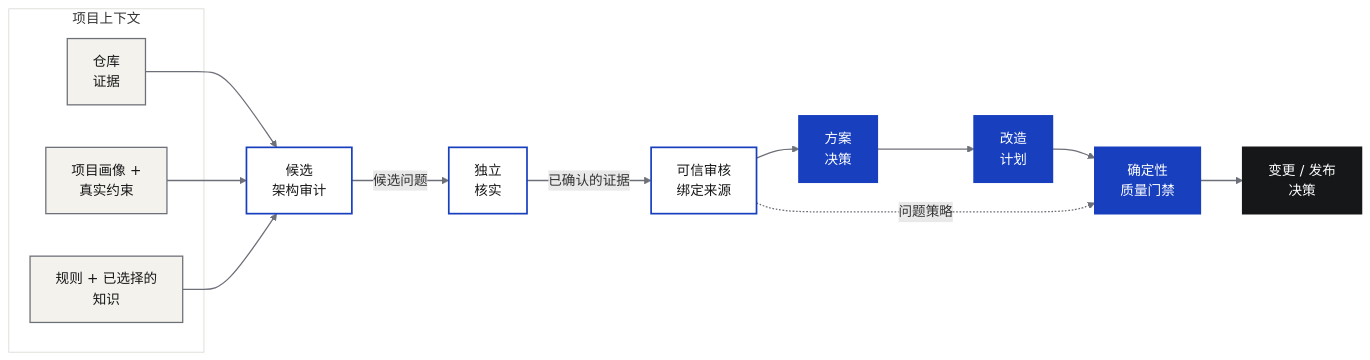
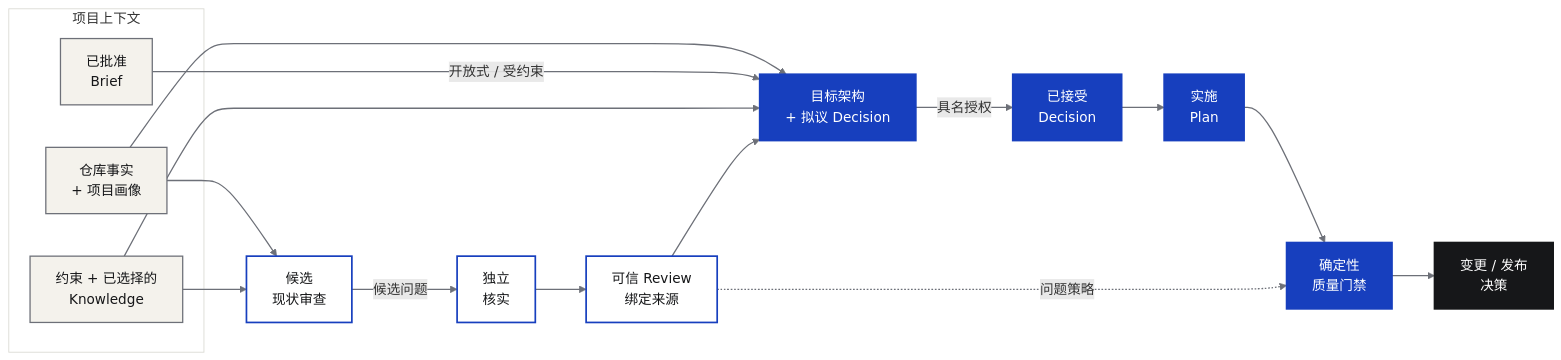
The diagram in diagrams/zh-CN/hengmu-governance-loop.mmd (liyanqing90/codex-architecture-governance), drawn with Mermaid before and after one commit. The commit also changed 79 other files, not shown here.

Commit message:
feat: add constrained target architecture governance

```diff
--- a/diagrams/zh-CN/hengmu-governance-loop.mmd
+++ b/diagrams/zh-CN/hengmu-governance-loop.mmd
@@ -1,30 +1,34 @@
 flowchart LR
     subgraph context["项目上下文"]
-        repo["仓库<br/>证据"]
-        profile["项目画像 +<br/>真实约束"]
-        knowledge["规则 + 已选择的<br/>知识"]
+        facts["仓库事实<br/>+ 项目画像"]
+        brief["已批准<br/>Brief"]
+        knowledge["约束 + 已选择的<br/>Knowledge"]
     end
 
-    repo --> audit["候选<br/>架构审计"]
-    profile --> audit
+    facts --> audit["候选<br/>现状审查"]
     knowledge --> audit
     audit -->|"候选问题"| verify["独立<br/>核实"]
-    verify -->|"已确认的证据"| review["可信审核<br/>绑定来源"]
-    review --> decision["方案<br/>决策"]
-    decision --> plan["改造<br/>计划"]
+    verify --> review["可信 Review<br/>绑定来源"]
+
+    facts --> target["目标架构<br/>+ 拟议 Decision"]
+    brief -->|"开放式 / 受约束"| target
+    knowledge --> target
+    review --> target
+    target -->|"具名授权"| accepted["已接受<br/>Decision"]
+    accepted --> plan["实施<br/>Plan"]
     plan --> gate["确定性<br/>质量门禁"]
     review -.->|"问题策略"| gate
     gate --> outcome["变更 / 发布<br/>决策"]
 
     classDef contextNode fill:#F4F2EC,stroke:#6D7078,color:#161719,stroke-width:1.5px;
     classDef reviewNode fill:#FFFFFF,stroke:#173FBE,color:#161719,stroke-width:2px;
     classDef actionNode fill:#173FBE,stroke:#173FBE,color:#FFFFFF,stroke-width:2px;
     classDef outcomeNode fill:#161719,stroke:#161719,color:#FFFFFF,stroke-width:2px;
 
-    class repo,profile,knowledge contextNode;
+    class facts,brief,knowledge contextNode;
     class audit,verify,review reviewNode;
-    class decision,plan,gate actionNode;
+    class target,accepted,plan,gate actionNode;
     class outcome outcomeNode;
 
     style context fill:#FFFFFF,stroke:#D9D9D2,stroke-width:1px
     linkStyle default stroke:#6D7078,stroke-width:1.5px
```
